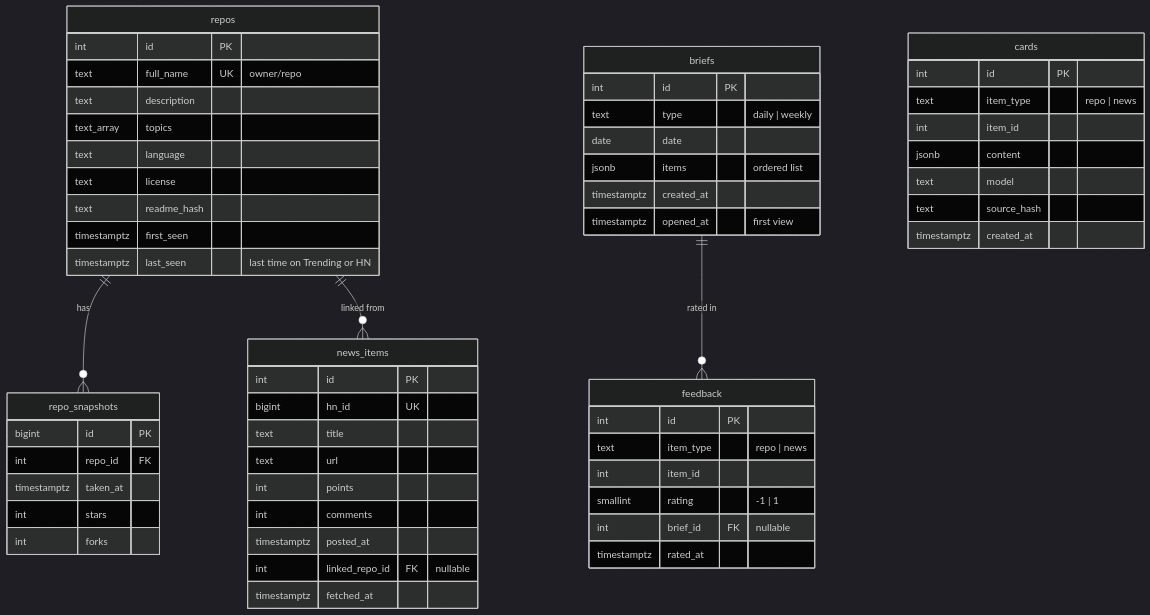
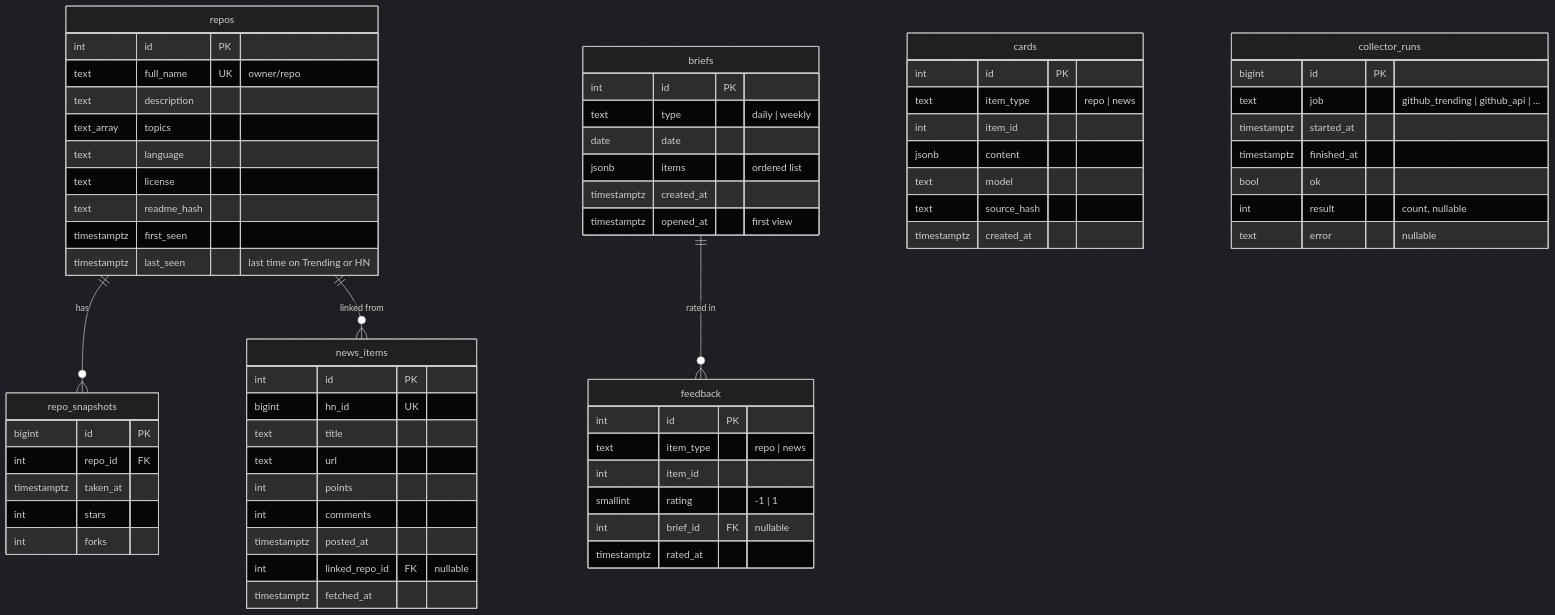
One commit to WinerDeCoder/My-Reporters-Agent-Workspace changed the diagram in docs/architecture/data-model.md. Above: the diagram before and after it, drawn with Mermaid (dark theme). The commit also changed other lines of this file and 36 other files, not shown here.

````diff
--- a/docs/architecture/data-model.md
+++ b/docs/architecture/data-model.md
@@ -7,61 +7,70 @@
 ```mermaid
 erDiagram
     repos ||--o{ repo_snapshots : "has"
     repos ||--o{ news_items : "linked from"
     briefs ||--o{ feedback : "rated in"
 
     repos {
         int id PK
         text full_name UK "owner/repo"
         text description
         text_array topics
         text language
         text license
         text readme_hash
         timestamptz first_seen
         timestamptz last_seen "last time on Trending or HN"
     }
     repo_snapshots {
         bigint id PK
         int repo_id FK
         timestamptz taken_at
         int stars
         int forks
     }
     news_items {
         int id PK
         bigint hn_id UK
         text title
         text url
         int points
         int comments
         timestamptz posted_at
         int linked_repo_id FK "nullable"
         timestamptz fetched_at
     }
     cards {
         int id PK
         text item_type "repo | news"
         int item_id
         jsonb content
         text model
         text source_hash
         timestamptz created_at
     }
     briefs {
         int id PK
         text type "daily | weekly"
         date date
         jsonb items "ordered list"
         timestamptz created_at
         timestamptz opened_at "first view"
     }
     feedback {
         int id PK
         text item_type "repo | news"
         int item_id
         smallint rating "-1 | 1"
         int brief_id FK "nullable"
         timestamptz rated_at
     }
+    collector_runs {
+        bigint id PK
+        text job "github_trending | github_api | ..."
+        timestamptz started_at
+        timestamptz finished_at
+        bool ok
+        int result "count, nullable"
+        text error "nullable"
+    }
 ```
````
